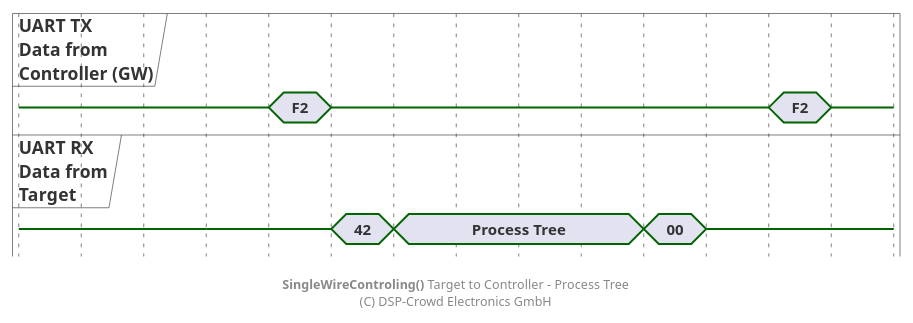
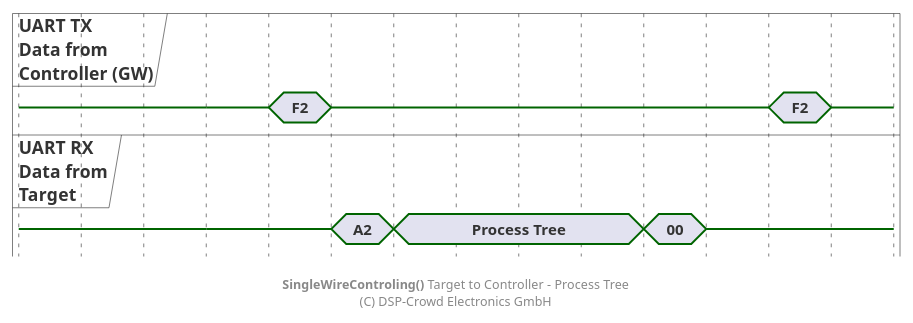
Before and after one commit to NoOrientationProgramming/code-orb: the diagram in doc/system/protocol/A3_swt-target-to-ctrl_proc.pu, drawn with PlantUML. The commit also changed 11 other files, not shown here.

```diff
--- a/doc/system/protocol/A3_swt-target-to-ctrl_proc.pu
+++ b/doc/system/protocol/A3_swt-target-to-ctrl_proc.pu
@@ -2,40 +2,40 @@
 @startuml
 
 hide time-axis
 
 concise "UART TX\nData from\nController (GW)" as ctrl
 concise "UART RX\nData from\nTarget" as tar
 
 @0
 ctrl is {-}
 tar is {-}
 
 @+60
 ctrl is {-}
 tar is {-}
 
 @+20
 ctrl is "F2"
 
 @+20
 ctrl is {-}
-tar is "42"
+tar is "A2"
 
 @+20
 tar is "Process Tree"
 
 @+80
 tar is "00"
 
 @+20
 tar is {-}
 
 @+20
 ctrl is "F2"
 
 @+20
 ctrl is {-}
 
 footer **SingleWireControling()** Target to Controller - Process Tree\n(C) DSP-Crowd Electronics GmbH
 
 @enduml
```
